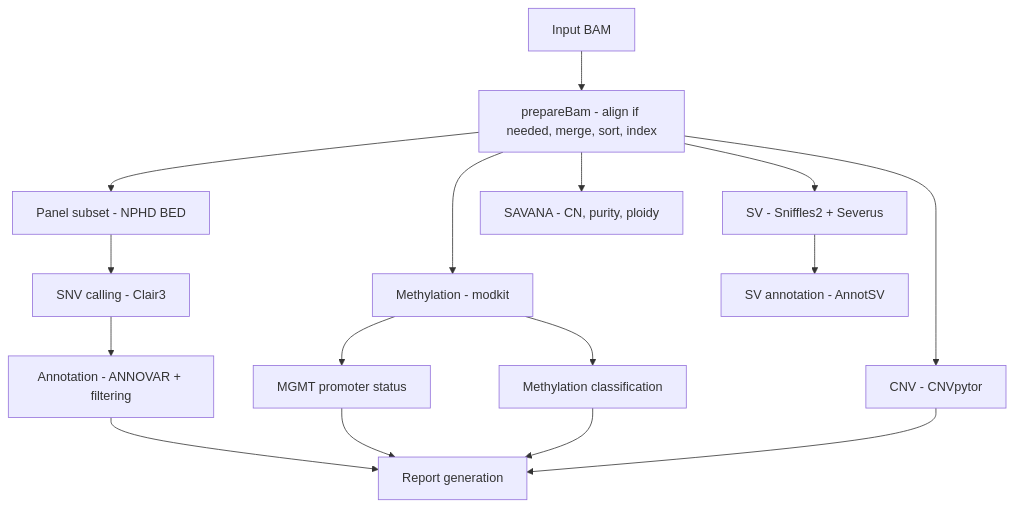
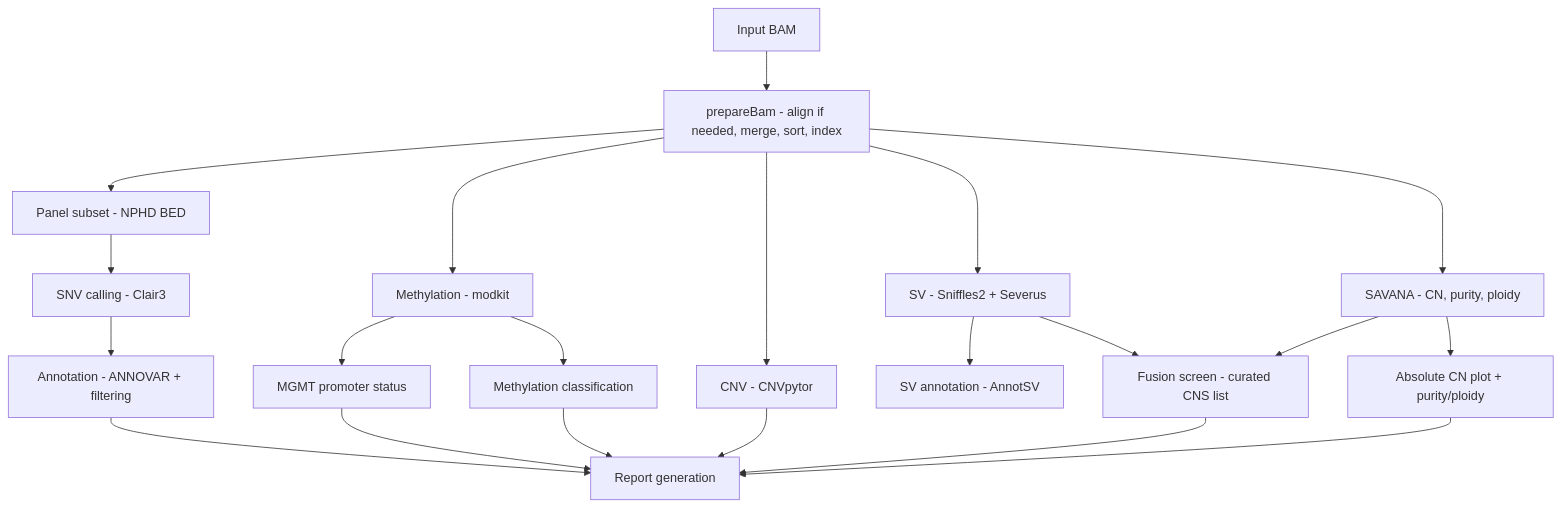
The diagram in README.md (areebapatel/Rapid-CNS2_nf), drawn with Mermaid before and after one commit. The commit also changed other lines of this file and 11 other files, not shown here.

Commit message:
fusion screen, absolute CN plot, purity/ploidy and MNP-Flex upload

````diff
--- a/README.md
+++ b/README.md
@@ -263,18 +264,23 @@
 ```mermaid
 graph TD
     A[Input BAM] --> E[prepareBam - align if needed, merge, sort, index]
     E --> P[Panel subset - NPHD BED]
     P --> F[SNV calling - Clair3]
     E --> G[Methylation - modkit]
     E --> H[SV - Sniffles2 + Severus]
     E --> N[CNV - CNVpytor]
     E --> O[SAVANA - CN, purity, ploidy]
     F --> I[Annotation - ANNOVAR + filtering]
     G --> J[MGMT promoter status]
     G --> K[Methylation classification]
     H --> L[SV annotation - AnnotSV]
+    H --> Q[Fusion screen - curated CNS list]
+    O --> Q
+    O --> R[Absolute CN plot + purity/ploidy]
     I --> M[Report generation]
     J --> M
     K --> M
     N --> M
+    Q --> M
+    R --> M
 ```
````
